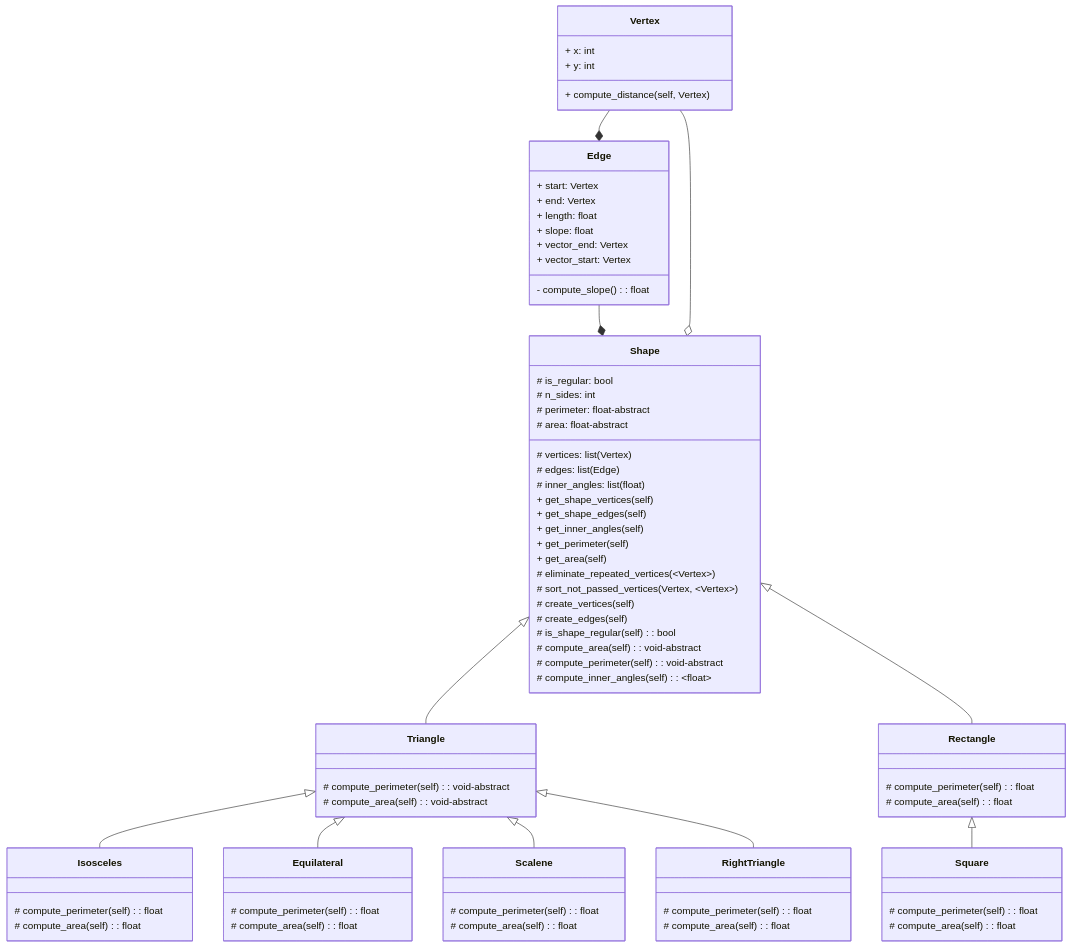
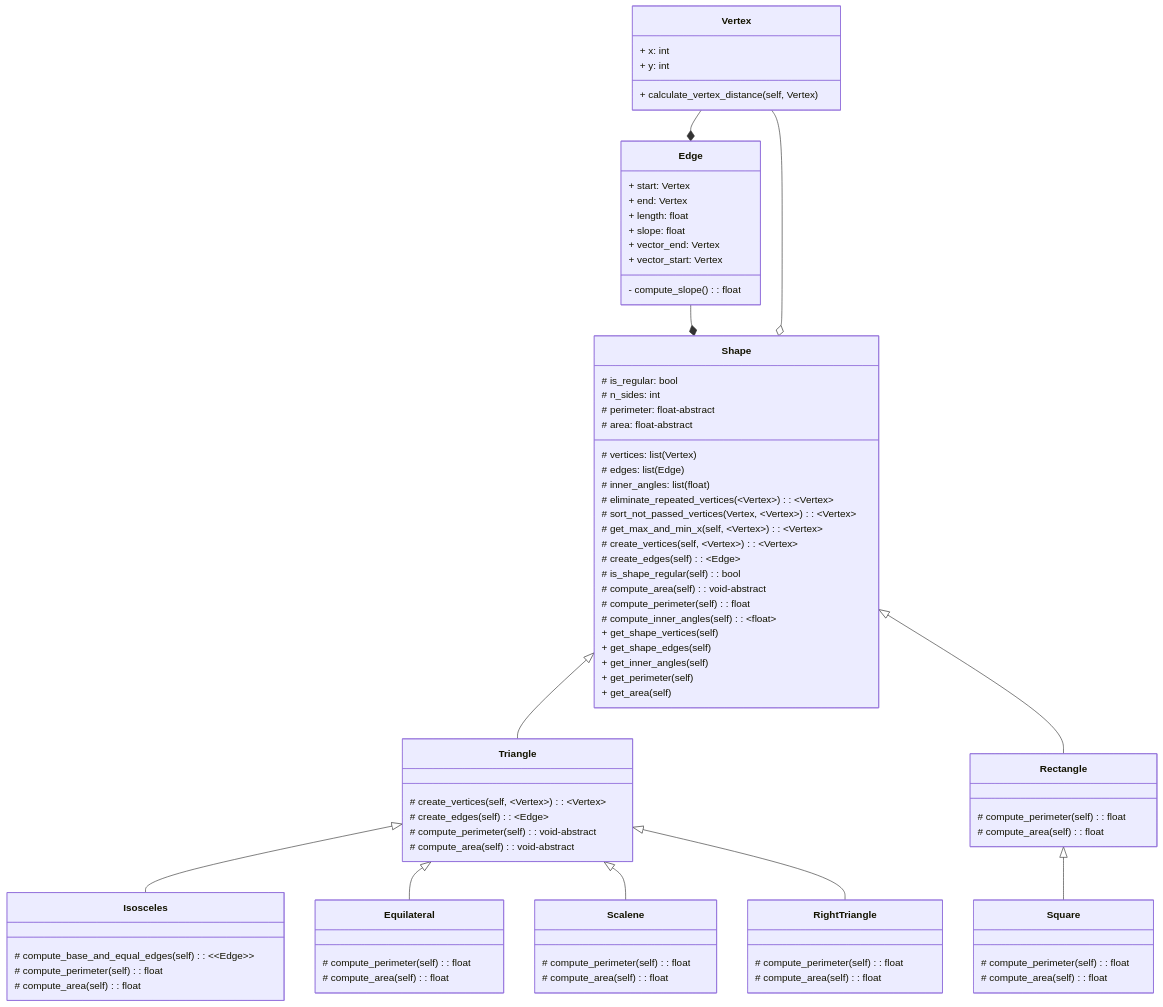
Before and after one commit to Unbo10/OOP_reto_04: the diagram in README.md, drawn with Mermaid. The commit also changed 1 other file, not shown here.

Commit message:
The _create_vertices method was overriden for the class Triangle and Rectangle to simplify the process and avoid errors. Also, md was revised and updated

```diff
--- a/README.md
+++ b/README.md
@@ -8,7 +8,7 @@
     class Vertex {
         + x: int
         + y: int
-        + compute_distance(self, Vertex)
+        + calculate_vertex_distance(self, Vertex)
     }
 
     class Edge {
@@ -30,20 +30,21 @@
         # inner_angles: list(float)
         # perimeter: float-abstract
         # area: float-abstract
+
+        # eliminate_repeated_vertices(~Vertex~): ~Vertex~
+        # sort_not_passed_vertices(Vertex, ~Vertex~): ~Vertex~
+        # get_max_and_min_x(self, ~Vertex~): ~Vertex~
+        # create_vertices(self, ~Vertex~): ~Vertex~
+        # create_edges(self): ~Edge~
+        # is_shape_regular(self): bool
+        # compute_area(self): void-abstract
+        # compute_perimeter(self): float
+        # compute_inner_angles(self) : ~float~
         + get_shape_vertices(self)
         + get_shape_edges(self)
         + get_inner_angles(self)
         + get_perimeter(self)
         + get_area(self)
-        # eliminate_repeated_vertices(~Vertex~)
-        # sort_not_passed_vertices(Vertex, ~Vertex~)
-        # create_vertices(self)
-        # create_edges(self)
-
-        # is_shape_regular(self): bool
-        # compute_area(self): void-abstract
-        # compute_perimeter(self): void-abstract
-        # compute_inner_angles(self) : ~float~
     }
 
     Shape *-- Edge
@@ -52,6 +53,8 @@
     Rectangle --|> Shape
 
     class Triangle {
+        # create_vertices(self, ~Vertex~): ~Vertex~
+        # create_edges(self): ~Edge~
         # compute_perimeter(self): void-abstract
         # compute_area(self): void-abstract
     }
@@ -62,6 +65,7 @@
 
 
     class Isosceles{
+        # compute_base_and_equal_edges(self): ~~Edge~~
         # compute_perimeter(self): float
         # compute_area(self): float
     }
```
